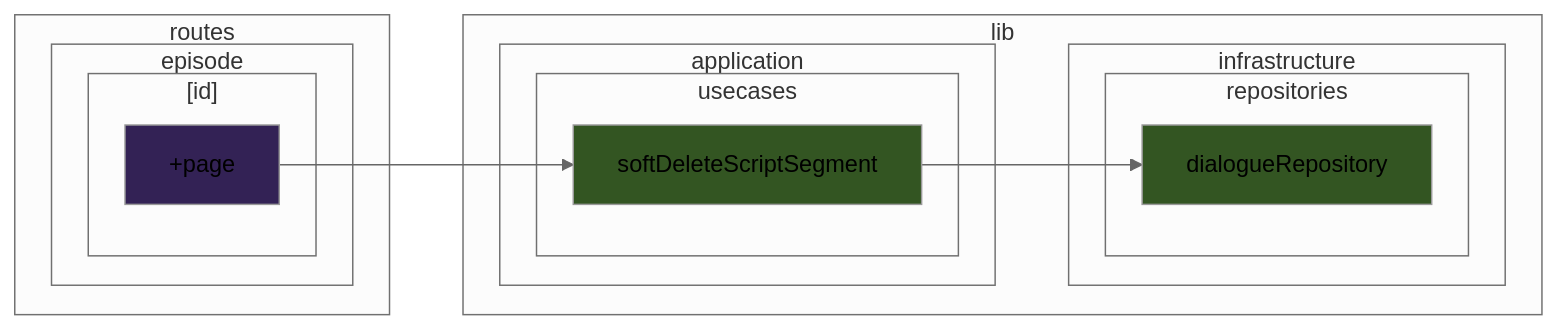
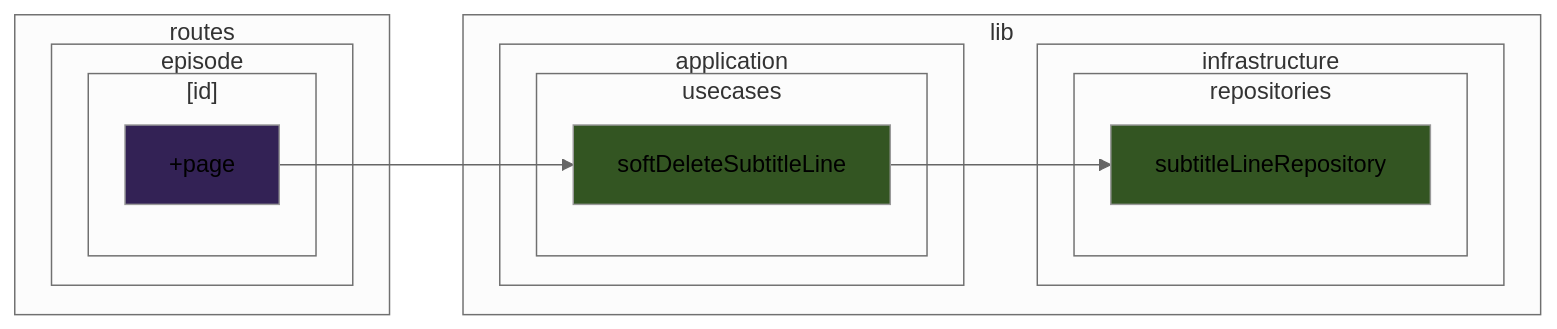
Before and after one commit to k5n/kotonoha: diagram 32 of 39 in doc/dependency-graph.md, drawn with Mermaid (neutral theme). The commit also changed other lines of this file, not shown here.

````diff
--- a/doc/dependency-graph.md
+++ b/doc/dependency-graph.md
@@ -1638,30 +1638,30 @@
 ```mermaid
 graph LR
     classDef cssSvelteComponent fill:#325;
     classDef cssSvelteScript fill:#535;
     classDef cssTypeScript fill:#352;
         subgraph sg_lib ["lib"]
             subgraph sg_lib_application ["application"]
                 subgraph sg_lib_application_usecases ["usecases"]
-                    src_lib_application_usecases_softDeleteScriptSegment_ts["softDeleteScriptSegment"]
+                    src_lib_application_usecases_softDeleteSubtitleLine_ts["softDeleteSubtitleLine"]
                 end
             end
             subgraph sg_lib_infrastructure ["infrastructure"]
                 subgraph sg_lib_infrastructure_repositories ["repositories"]
-                    src_lib_infrastructure_repositories_dialogueRepository_ts["dialogueRepository"]
+                    src_lib_infrastructure_repositories_subtitleLineRepository_ts["subtitleLineRepository"]
                 end
             end
         end
         subgraph sg_routes ["routes"]
             subgraph sg_routes_episode ["episode"]
                 subgraph sg_routes_episode__id_ ["[id]"]
                     src_routes_episode__id___page_svelte["+page"]
                 end
             end
         end
-    src_lib_application_usecases_softDeleteScriptSegment_ts --> src_lib_infrastructure_repositories_dialogueRepository_ts
-    src_routes_episode__id___page_svelte --> src_lib_application_usecases_softDeleteScriptSegment_ts
-    class src_lib_application_usecases_softDeleteScriptSegment_ts cssTypeScript
-    class src_lib_infrastructure_repositories_dialogueRepository_ts cssTypeScript
+    src_lib_application_usecases_softDeleteSubtitleLine_ts --> src_lib_infrastructure_repositories_subtitleLineRepository_ts
+    src_routes_episode__id___page_svelte --> src_lib_application_usecases_softDeleteSubtitleLine_ts
+    class src_lib_application_usecases_softDeleteSubtitleLine_ts cssTypeScript
+    class src_lib_infrastructure_repositories_subtitleLineRepository_ts cssTypeScript
     class src_routes_episode__id___page_svelte cssSvelteComponent
 ```
````
